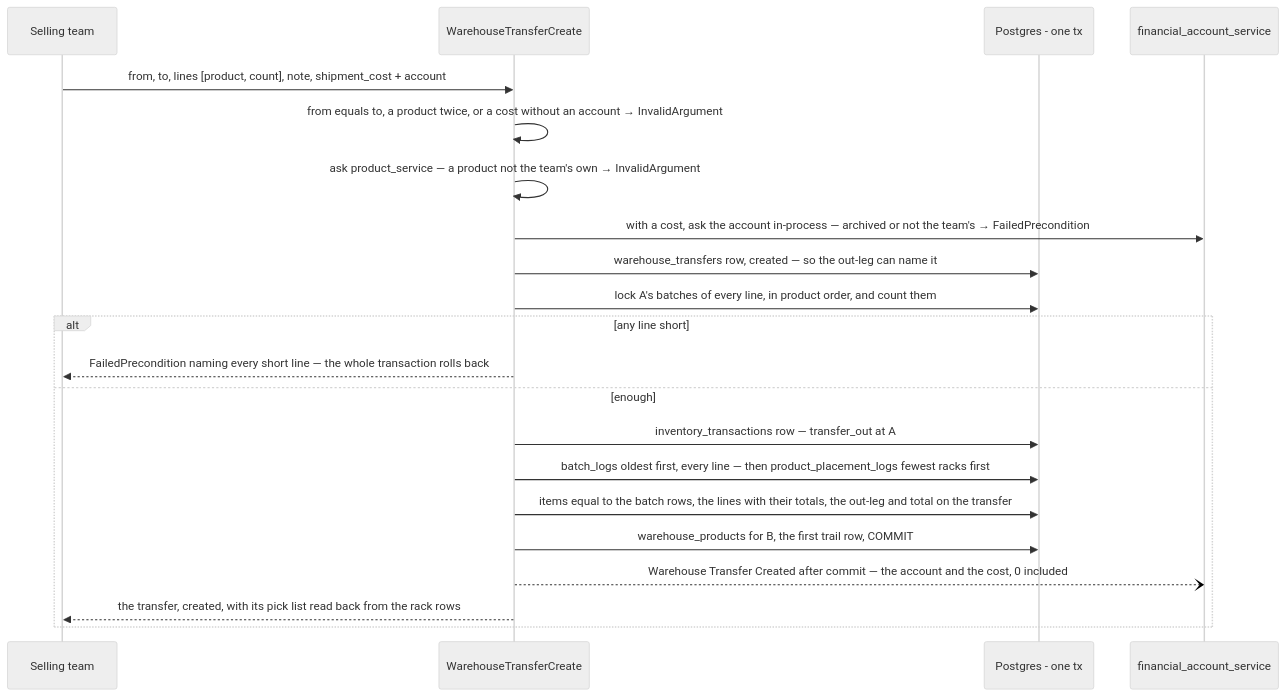
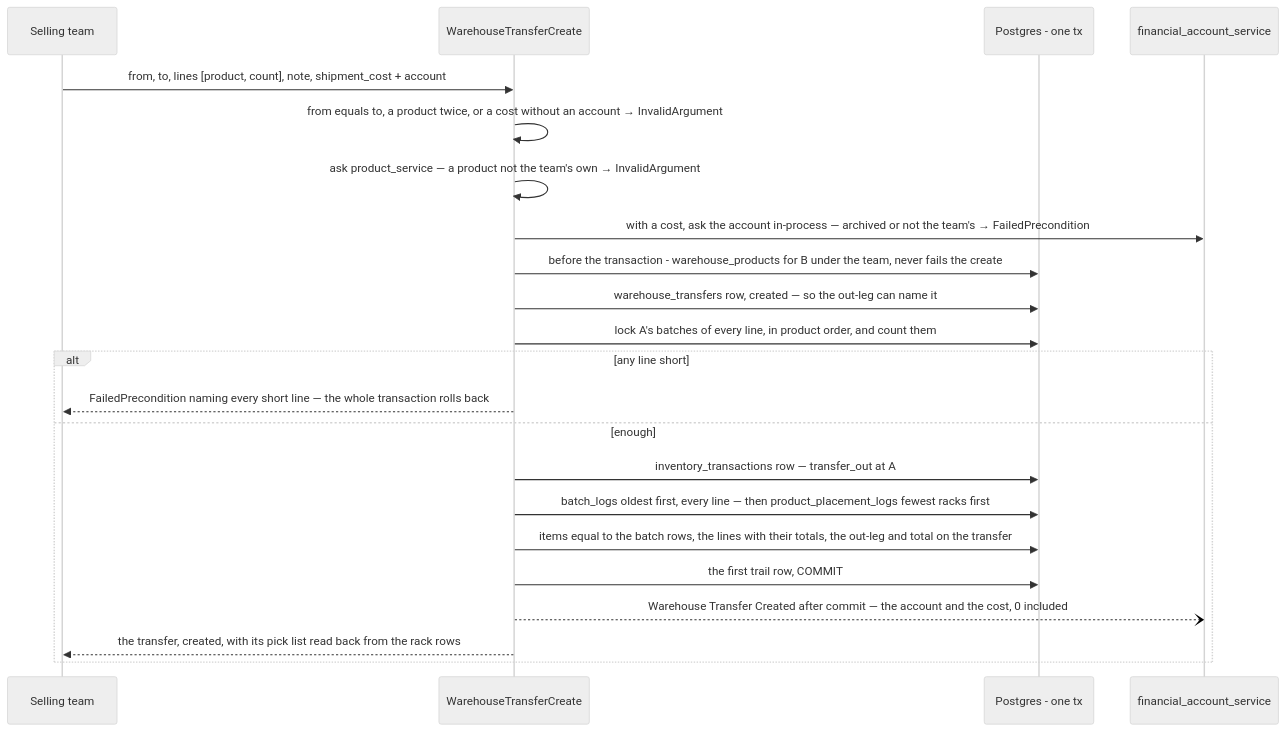
Diagram 14 of 37 in docs/services/inventory_service/rpc.md (pdcgo/warehouse_revamp), drawn with Mermaid (neutral theme) before and after one commit. The commit also changed other lines of this file and 41 other files, not shown here.

````diff
--- a/docs/services/inventory_service/rpc.md
+++ b/docs/services/inventory_service/rpc.md
@@ -585,24 +585,25 @@
 ```mermaid
 sequenceDiagram
     participant S as Selling team
     participant H as WarehouseTransferCreate
     participant DB as Postgres - one tx
     participant F as financial_account_service
 
     S->>H: from, to, lines [product, count], note, shipment_cost + account
     H->>H: from equals to, a product twice, or a cost without an account → InvalidArgument
     H->>H: ask product_service — a product not the team's own → InvalidArgument
     H->>F: with a cost, ask the account in-process — archived or not the team's → FailedPrecondition
+    H->>DB: before the transaction - warehouse_products for B under the team, never fails the create
     H->>DB: warehouse_transfers row, created — so the out-leg can name it
     H->>DB: lock A's batches of every line, in product order, and count them
     alt any line short
         H-->>S: FailedPrecondition naming every short line — the whole transaction rolls back
     else enough
         H->>DB: inventory_transactions row — transfer_out at A
         H->>DB: batch_logs oldest first, every line — then product_placement_logs fewest racks first
         H->>DB: items equal to the batch rows, the lines with their totals, the out-leg and total on the transfer
-        H->>DB: warehouse_products for B, the first trail row, COMMIT
+        H->>DB: the first trail row, COMMIT
         H--)F: Warehouse Transfer Created after commit — the account and the cost, 0 included
         H-->>S: the transfer, created, with its pick list read back from the rack rows
     end
 ```
````
